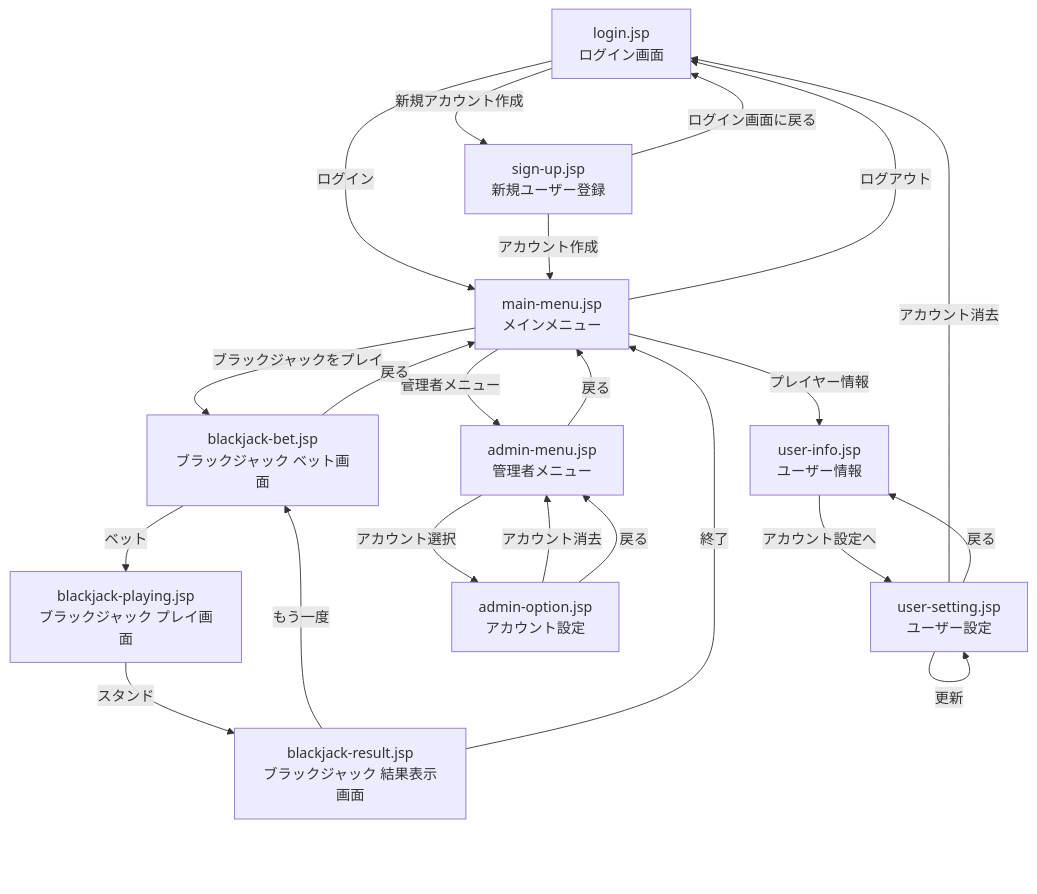
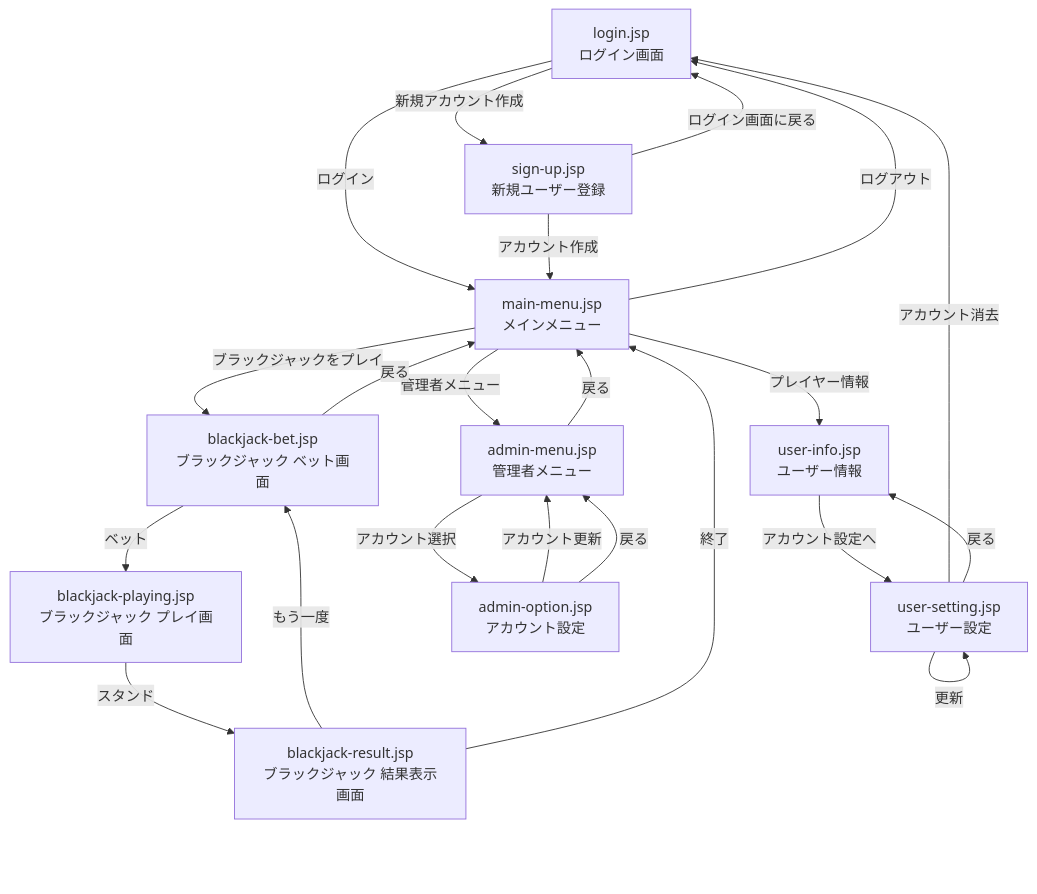
The diagram in 設計/画面設計.md (SuzuzukiKeisuke/suzuki-blackjack_2025), drawn with Mermaid before and after one commit.

````diff
--- a/設計/画面設計.md
+++ b/設計/画面設計.md
@@ -4,51 +4,51 @@
 ```mermaid
 flowchart TD
 
     %% ログイン関連
     login[login.jsp<br>ログイン画面]
     signup[sign-up.jsp<br>新規ユーザー登録]
     mainmenu[main-menu.jsp<br>メインメニュー]
 
     %% ブラックジャック
     bjbet[blackjack-bet.jsp<br>ブラックジャック ベット画面]
     bjplay[blackjack-playing.jsp<br>ブラックジャック プレイ画面]
     bjresult[blackjack-result.jsp<br>ブラックジャック 結果表示画面]
 
     %% ユーザー関連
     userinfo[user-info.jsp<br>ユーザー情報]
     usersetting[user-setting.jsp<br>ユーザー設定]
 
     %% 管理者関連
     adminmenu[admin-menu.jsp<br>管理者メニュー]
     adminoption[admin-option.jsp<br>アカウント設定]
 
     %% 遷移定義
     login -->|ログイン| mainmenu
     login -->|新規アカウント作成| signup
     signup -->|アカウント作成| mainmenu
     signup -->|ログイン画面に戻る| login
 
     mainmenu -->|ログアウト| login
     mainmenu -->|ブラックジャックをプレイ| bjbet
     mainmenu -->|プレイヤー情報| userinfo
     mainmenu -->|管理者メニュー| adminmenu
 
     bjbet -->|ベット| bjplay
     bjbet -->|戻る| mainmenu
     bjplay -->|スタンド| bjresult
     bjresult -->|もう一度| bjbet
     bjresult -->|終了| mainmenu
 
     userinfo -->|アカウント設定へ| usersetting
     usersetting -->|更新| usersetting
     usersetting -->|アカウント消去| login
     usersetting -->|戻る| userinfo
 
     adminmenu -->|アカウント選択| adminoption
     adminmenu -->|戻る| mainmenu
 
-    adminoption -->|アカウント消去| adminmenu
+    adminoption -->|アカウント更新| adminmenu
     adminoption -->|戻る| adminmenu
 
 
 ```
````
